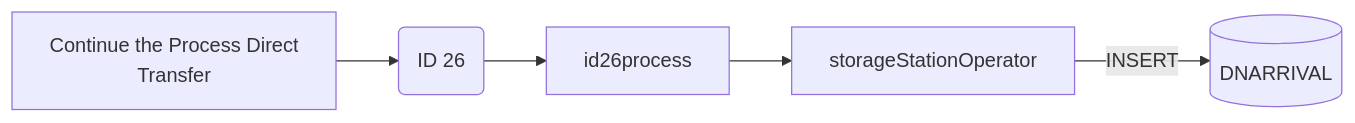
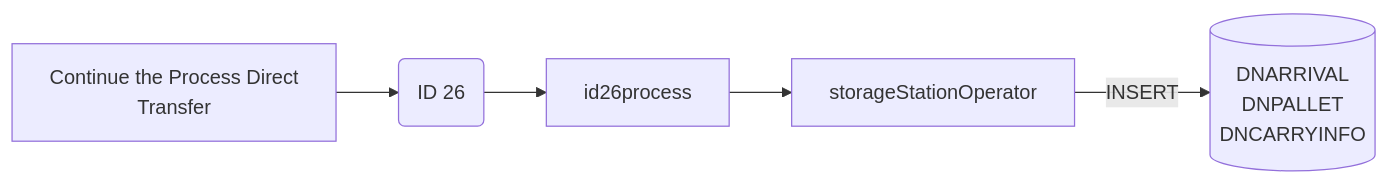
Before and after one commit to luthfiadityaa/SimeDarby-Wiki: the fifth of 23 diagrams in Basic-Design/DFD-WMS/Storage/Palletizing-Settting/Palletize-Start.md, drawn with Mermaid.

Commit message:
Updated Palletize Start

```diff
--- a/Basic-Design/DFD-WMS/Storage/Palletizing-Settting/Palletize-Start.md
+++ b/Basic-Design/DFD-WMS/Storage/Palletizing-Settting/Palletize-Start.md
@@ -323,21 +323,23 @@
 ::: mermaid
 flowchart LR
 
 releaseCommand["
 Continue the Process Direct 
 Transfer
 "]
 
 id26msg("
 ID 26
 ")
 
 id26-insert[("
 DNARRIVAL
+DNPALLET
+DNCARRYINFO
 ")]
 
 storageStationOperator[storageStationOperator]
 
 releaseCommand-->id26msg-->id26process-->storageStationOperator
 storageStationOperator--> |INSERT| id26-insert
 :::
```
